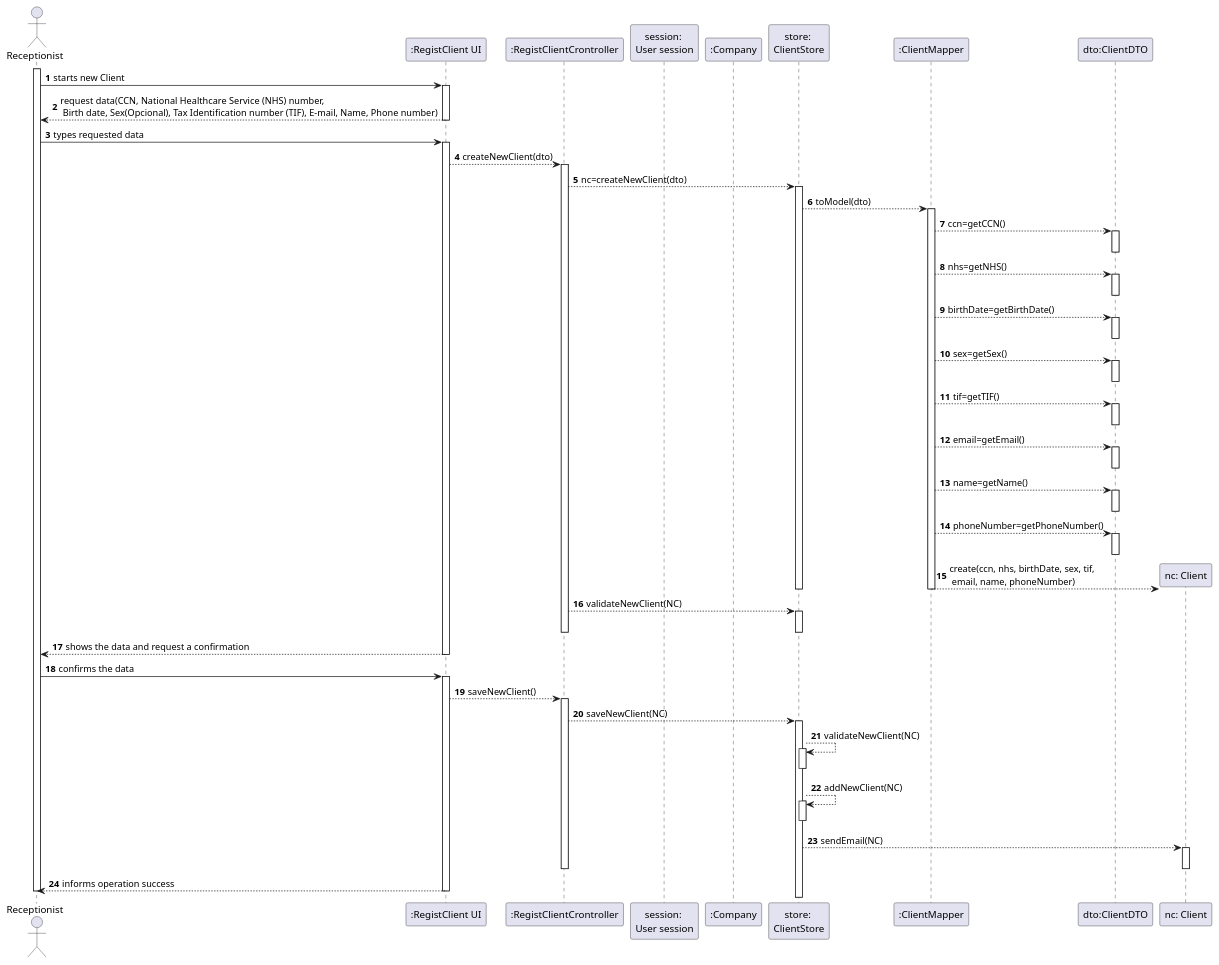
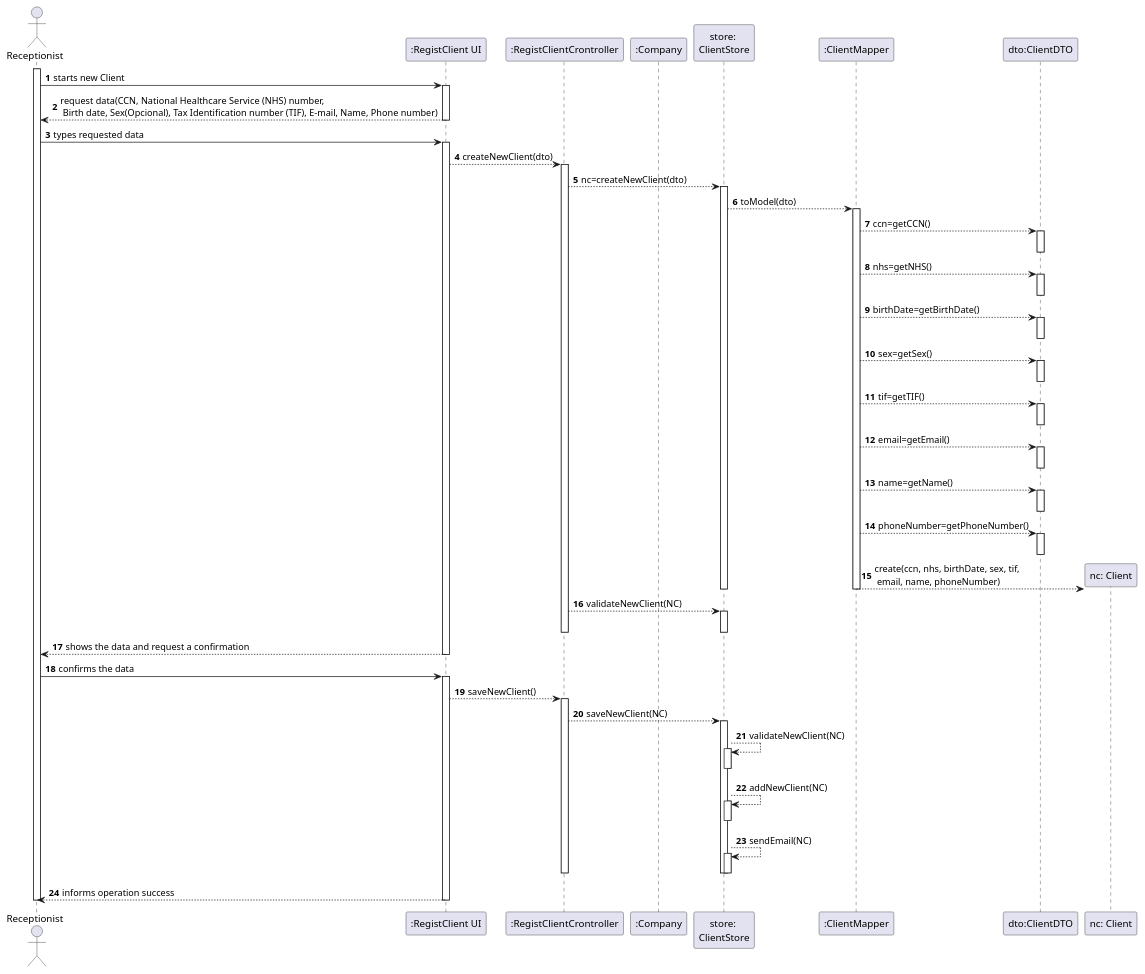
One commit to Pedromaia26/LAPR2-ISEP changed the diagram in docs/SprintB/US3_RegisterClient/US003_SD.puml. Above: the diagram before and after it, drawn with PlantUML.

Commit message:
US003_SD.puml edited online with Bitbucket

```diff
--- a/docs/SprintB/US3_RegisterClient/US003_SD.puml
+++ b/docs/SprintB/US3_RegisterClient/US003_SD.puml
@@ -1,99 +1,99 @@
 @startuml
 actor Receptionist as Adm
 participant ":RegistClient UI" as System
 participant ":RegistClientCrontroller" as RCC
-participant "session: \nUser session" as US
 participant ":Company" as ML
 participant "store: \nClientStore" as CS
 participant ":ClientMapper" as cm
 participant "dto:ClientDTO" as cdto
 
 
 
 autonumber
 activate Adm
 Adm -> System: starts new Client
 activate System
 
 
 System --> Adm: request data(CCN, National Healthcare Service (NHS) number,\n Birth date, Sex(Opcional), Tax Identification number (TIF), E-mail, Name, Phone number)
 deactivate System
 
 
 
 
 Adm -> System: types requested data
 activate System
 System-->RCC: createNewClient(dto)
 activate RCC
 RCC-->CS: nc=createNewClient(dto)
 activate CS
 
 
 CS-->cm: toModel(dto)
 activate cm
 cm-->cdto: ccn=getCCN()
 activate cdto
 deactivate cdto
 cm-->cdto: nhs=getNHS()
 activate cdto
 deactivate cdto
 cm-->cdto: birthDate=getBirthDate()
 activate cdto
 deactivate cdto
 cm-->cdto: sex=getSex()
 activate cdto
 deactivate cdto
 cm-->cdto: tif=getTIF()
 activate cdto
 deactivate cdto
 cm-->cdto: email=getEmail()
 activate cdto
 deactivate cdto
 cm-->cdto: name=getName()
 activate cdto
 deactivate cdto
 cm-->cdto: phoneNumber=getPhoneNumber()
 activate cdto
 deactivate cdto
 
 
 create "nc: Client" as NC
 cm-->NC:  create(ccn, nhs, birthDate, sex, tif,\n email, name, phoneNumber)
 
 
 
 deactivate cm
 deactivate CS
 
 RCC-->CS:validateNewClient(NC)
 Activate CS
 deactivate CS
 
 deactivate RCC
 
 System --> Adm: shows the data and request a confirmation
 deactivate System
 
 
 Adm -> System: confirms the data
 activate System
 System-->RCC: saveNewClient()
 activate RCC
 RCC-->CS:saveNewClient(NC)
 activate CS
 CS-->CS:validateNewClient(NC)
 activate CS
 deactivate CS
 CS-->CS:addNewClient(NC)
 activate CS
 deactivate CS
-CS-->NC:sendEmail(NC)
-activate NC
-deactivate NC
+CS-->CS:sendEmail(NC)
+activate CS
+deactivate CS
+deactivate CS
 deactivate ML
 deactivate RCC
 System --> Adm: informs operation success
 deactivate System
 deactivate Adm
 @enduml
```
